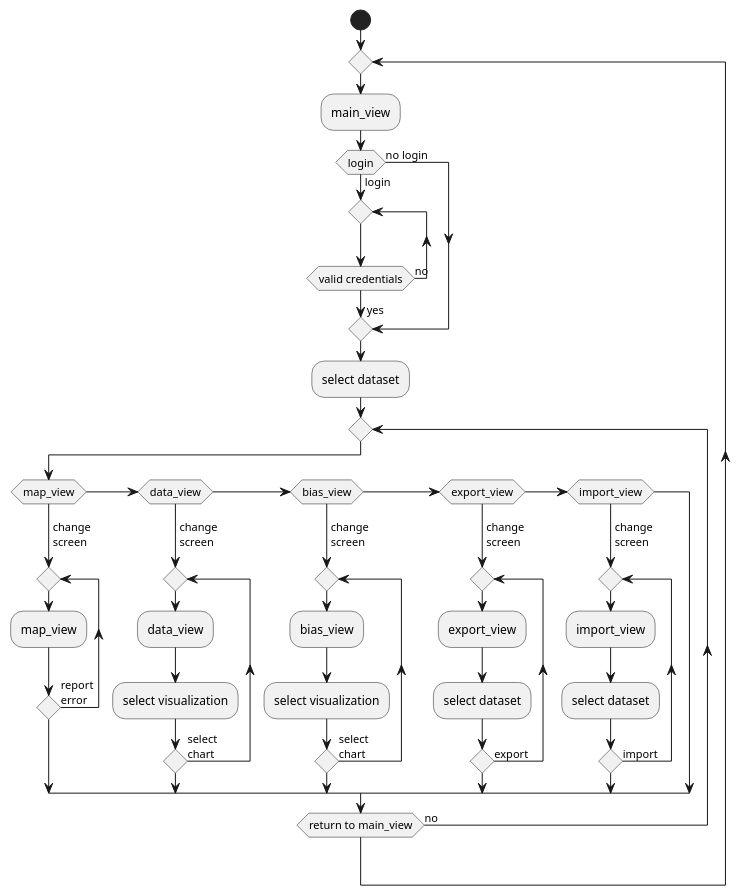
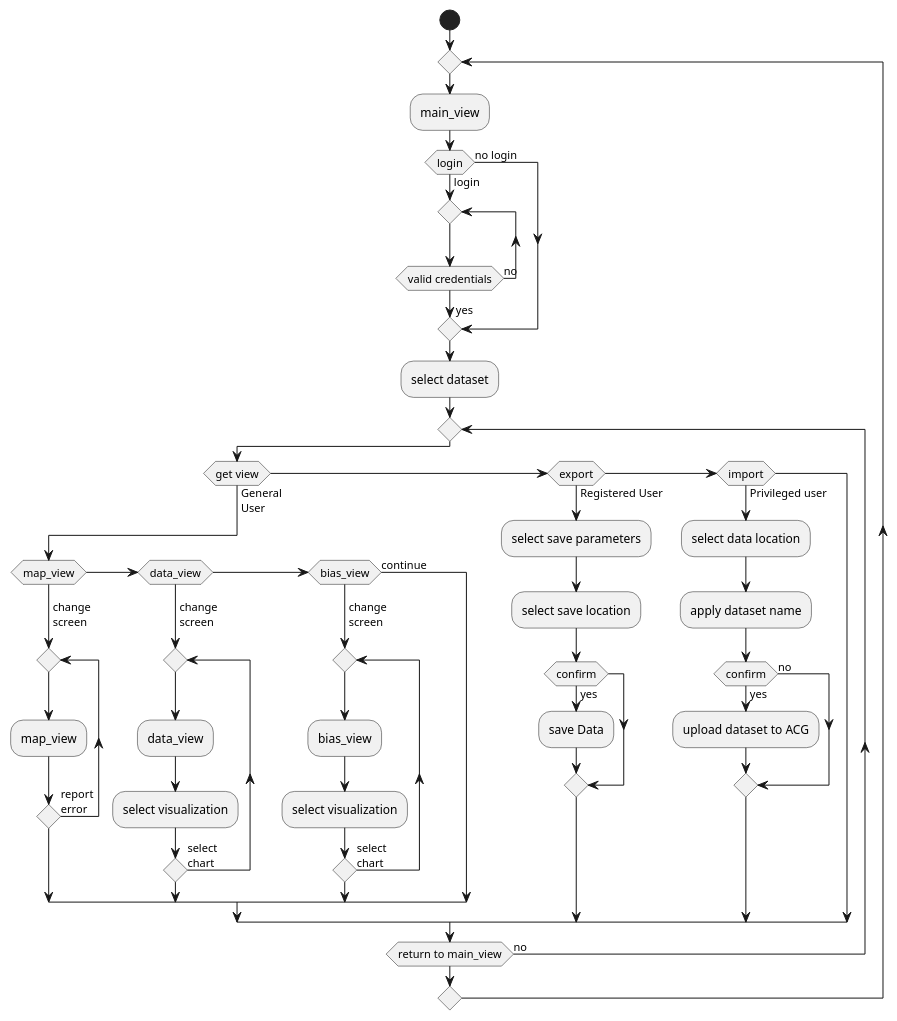
Before and after one commit to birdspotter-project/COS397: the diagram in Documentation/Deliverables/navigation_diagram.wsd, drawn with PlantUML.

Commit message:
Update navigation_diagram.wsd
change available views, better control flow through the diagram (import/export now options on the main screen rather than views, as well as each being expanded in function).

```diff
--- a/Documentation/Deliverables/navigation_diagram.wsd
+++ b/Documentation/Deliverables/navigation_diagram.wsd
@@ -1,57 +1,64 @@
 @startuml
 start
 
 
 
 repeat
 
 :main_view;
 if (login) then (login)
     repeat
     repeat while (valid credentials) is (no)
     ->yes;
 else (no login)
 endif
 
 
 :select dataset;
-/'
-this nested repeat was the only way I could think of to get the
-desired flow, still not quite sure how to get the 'yes' label on
-the bottom, and leaving an unclosed repeat is probably bad form,
-but makes this look worse
-'/
+
 repeat
 
-if (map_view) then (\nchange\nscreen)
-    repeat
-    :map_view;
-    repeat while ( ) is (report\nerror)
-elseif (data_view) then (\nchange\nscreen)
-    repeat
-    :data_view;
-    :select visualization;
-    repeat while ( ) is (select\nchart)
-elseif (bias_view) then (\nchange\nscreen)
-    repeat
-    :bias_view;
-    :select visualization;
-    repeat while ( ) is (select\nchart)
-elseif (export_view) then (\nchange\nscreen)
-    repeat
-    :export_view;
-    :select dataset;
-    repeat while ( ) is (export)
-elseif (import_view) then (\nchange\nscreen)
-    repeat
-    :import_view;
-    :select dataset;
-    repeat while ( ) is (import)
+if (get view) then (General\nUser)
+    if (map_view) then (\nchange\nscreen)
+        repeat
+        :map_view;
+        repeat while ( ) is (report\nerror)
+    elseif (data_view) then (\nchange\nscreen)
+        repeat
+        :data_view;
+        :select visualization;
+        repeat while ( ) is (select\nchart)
+    elseif (bias_view) then (\nchange\nscreen)
+        repeat
+        :bias_view;
+        :select visualization;
+        repeat while ( ) is (select\nchart)
+    else (continue)
+
+    endif
+elseif (export) then (Registered User)
+    :select save parameters;
+    :select save location;
+
+    if (confirm) then (yes)
+        :save Data;
+    else ()
+    endif
+
+
+elseif (import) then (Privileged user)
+    :select data location;
+    :apply dataset name;
+    if (confirm) then (yes)
+        :upload dataset to ACG;
+    else (no)
+    
+    endif
 
 endif
-
 repeat while (return to main_view) is (no)
+repeat while ( ) is ( )
 
 
 
 @enduml
```
